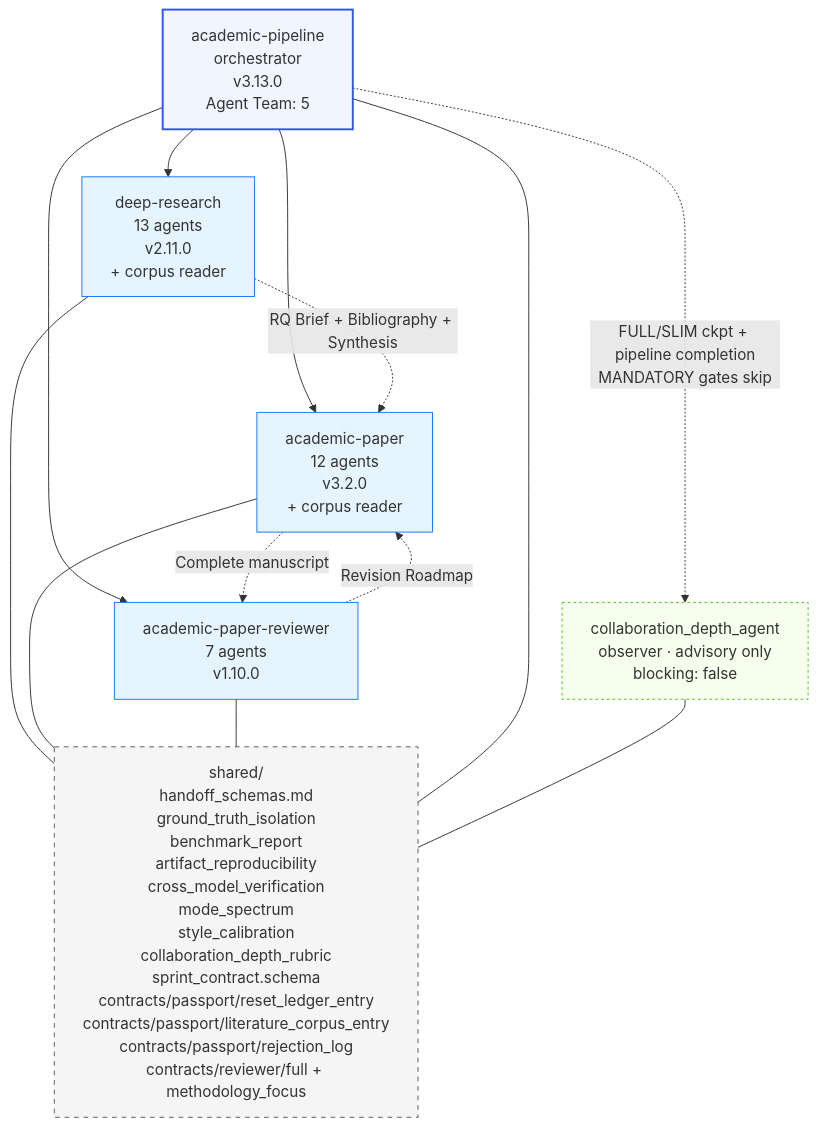
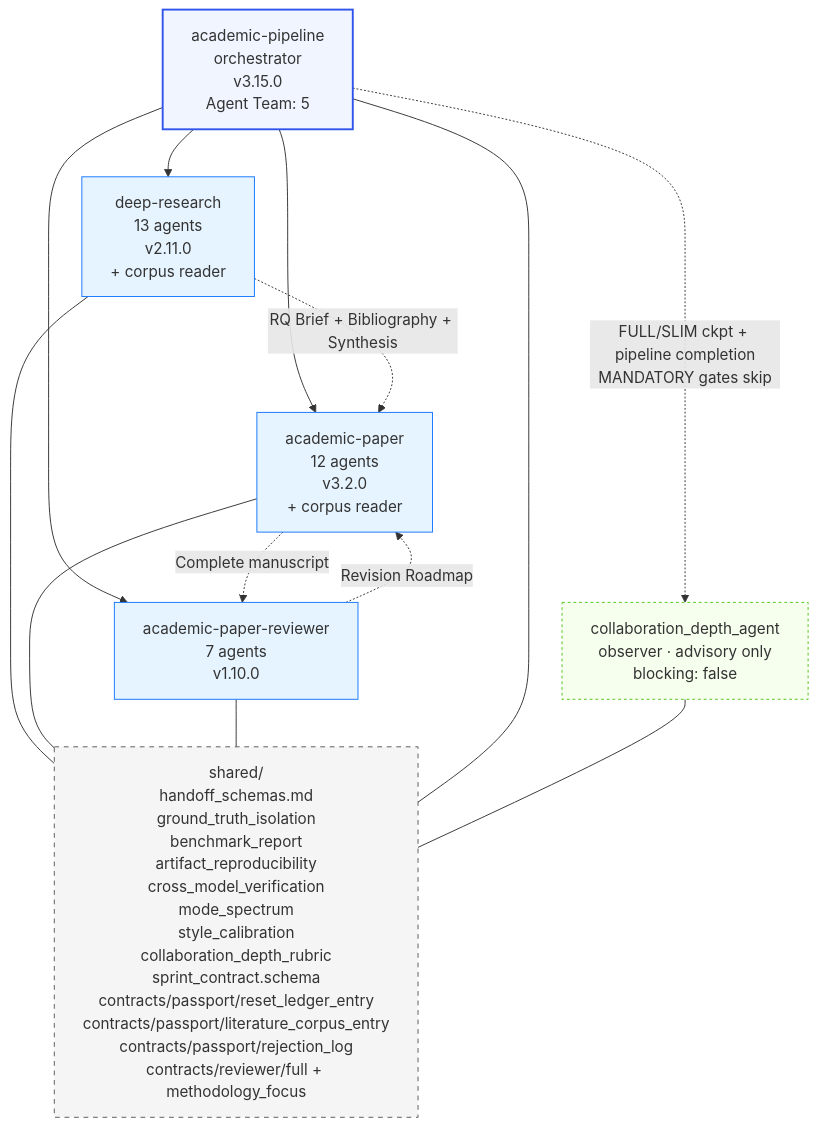
Before and after one commit to Lzy599775/agent-auto-sci-skills: the fourth of 5 diagrams in skills/urban-exposure-review-radar-workflow/subskills/academic-research-suite/ars/docs/ARCHITECTURE.md, drawn with Mermaid. The commit also changed other lines of this file and 111 other files, not shown here.

````diff
--- a/skills/urban-exposure-review-radar-workflow/subskills/academic-research-suite/ars/docs/ARCHITECTURE.md
+++ b/skills/urban-exposure-review-radar-workflow/subskills/academic-research-suite/ars/docs/ARCHITECTURE.md
@@ -201,31 +201,31 @@
 ```mermaid
 graph TD
-    Pipeline[academic-pipeline<br/>orchestrator<br/>v3.13.0<br/>Agent Team: 5]
+    Pipeline[academic-pipeline<br/>orchestrator<br/>v3.15.0<br/>Agent Team: 5]
     Observer[collaboration_depth_agent<br/>observer · advisory only<br/>blocking: false]
     DR[deep-research<br/>13 agents<br/>v2.11.0<br/>+ corpus reader]
     AP[academic-paper<br/>12 agents<br/>v3.2.0<br/>+ corpus reader]
     APR[academic-paper-reviewer<br/>7 agents<br/>v1.10.0]
     Shared[shared/<br/>handoff_schemas.md<br/>ground_truth_isolation<br/>benchmark_report<br/>artifact_reproducibility<br/>cross_model_verification<br/>mode_spectrum<br/>style_calibration<br/>collaboration_depth_rubric<br/>sprint_contract.schema<br/>contracts/passport/reset_ledger_entry<br/>contracts/passport/literature_corpus_entry<br/>contracts/passport/rejection_log<br/>contracts/reviewer/full + methodology_focus]
 
     Pipeline --> DR
     Pipeline --> AP
     Pipeline --> APR
     Pipeline -. "FULL/SLIM ckpt + pipeline completion<br/>MANDATORY gates skip" .-> Observer
     DR -. "RQ Brief + Bibliography + Synthesis" .-> AP
     AP -. "Complete manuscript" .-> APR
     APR -. "Revision Roadmap" .-> AP
     DR --- Shared
     AP --- Shared
     APR --- Shared
     Pipeline --- Shared
     Observer --- Shared
 
     classDef orch fill:#f0f5ff,stroke:#2f54eb,stroke-width:2px
     classDef skill fill:#e6f4ff,stroke:#1677ff
     classDef shared fill:#f5f5f5,stroke:#595959,stroke-dasharray:5 5
     classDef observer fill:#f6ffed,stroke:#52c41a,stroke-dasharray:3 3
     class Pipeline orch
     class DR,AP,APR skill
     class Shared shared
     class Observer observer
 ```
````
